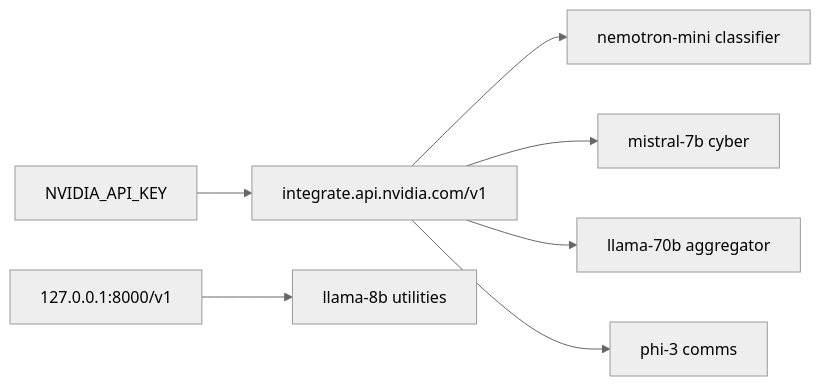
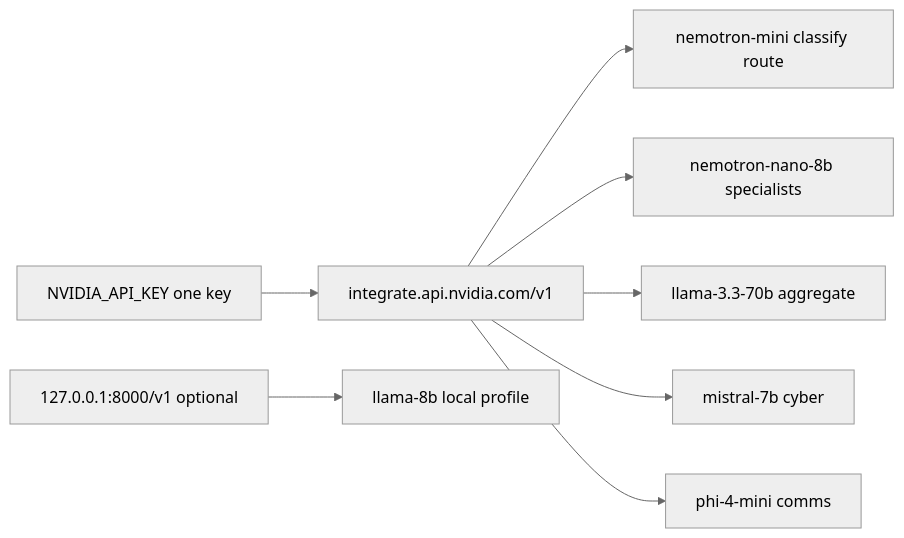
Before and after one commit to Java4all/hkteam: the second of 4 diagrams in docs/TECHNICAL_DESIGN.md, drawn with Mermaid (neutral theme). The commit also changed other lines of this file and 8 other files, not shown here.

````diff
--- a/docs/TECHNICAL_DESIGN.md
+++ b/docs/TECHNICAL_DESIGN.md
@@ -598,12 +624,13 @@
 ```mermaid
 flowchart LR
-  KEY[NVIDIA_API_KEY]
+  KEY[NVIDIA_API_KEY one key]
   CLOUD[integrate.api.nvidia.com/v1]
-  LOCAL[127.0.0.1:8000/v1]
+  LOCAL[127.0.0.1:8000/v1 optional]
   KEY --> CLOUD
-  CLOUD --> M1[nemotron-mini classifier]
-  CLOUD --> M2[mistral-7b cyber]
-  CLOUD --> M3[llama-70b aggregator]
-  CLOUD --> M4[phi-3 comms]
-  LOCAL --> M5[llama-8b utilities]
+  CLOUD --> M1[nemotron-mini classify route]
+  CLOUD --> M2[nemotron-nano-8b specialists]
+  CLOUD --> M3[llama-3.3-70b aggregate]
+  CLOUD --> M4[mistral-7b cyber]
+  CLOUD --> M5[phi-4-mini comms]
+  LOCAL --> M6[llama-8b local profile]
 ```
````
